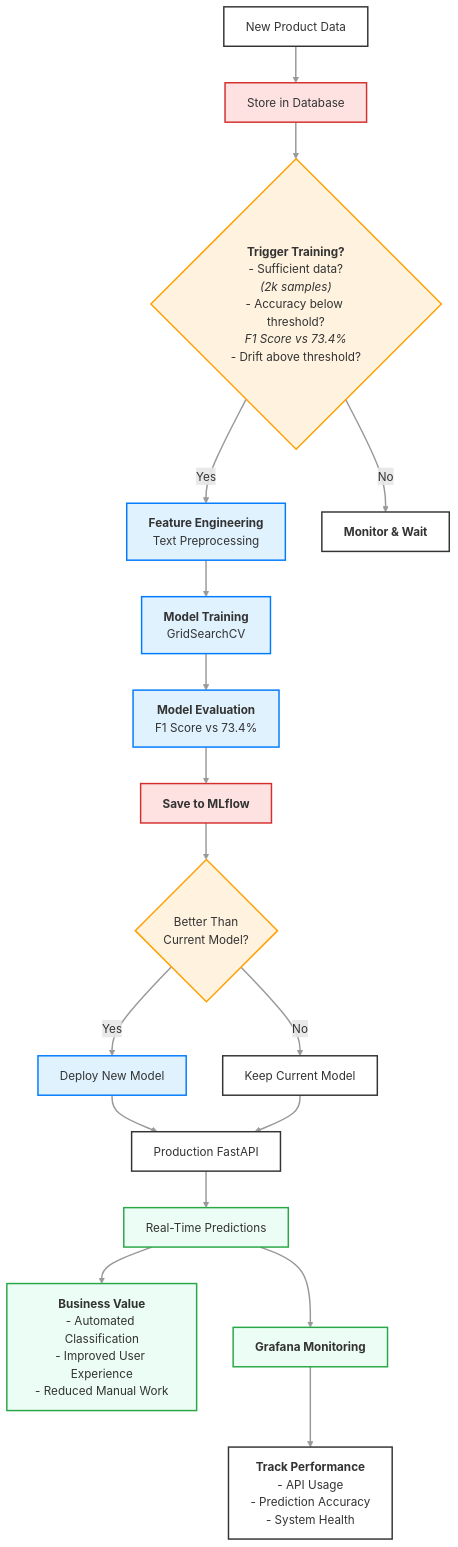
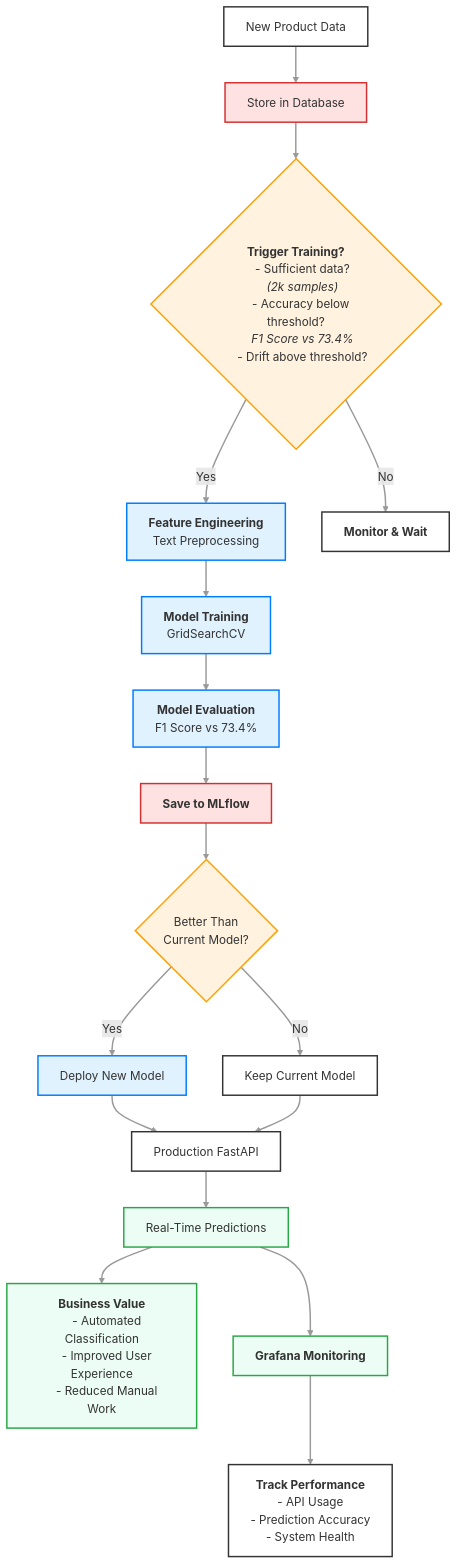
The diagram in containers/rakuten_st/flowcharts/retraining.mermaid (Pockyee/rakuten_project), drawn with Mermaid before and after one commit. The commit also changed 2 other files, not shown here.

```diff
--- a/containers/rakuten_st/flowcharts/retraining.mermaid
+++ b/containers/rakuten_st/flowcharts/retraining.mermaid
@@ -1,115 +1,115 @@
 graph TD
 
     %% RETRAINING NODES
 
     %% Data Ingestion [DI]
     Start[New Product Data]
     DataStorage[Store in Database]
     
     %% DI EDGE
     Start --> DataStorage
 
     
     %% Immediate Training Decision [ITD]
-    TrainingTrigger{"`**Trigger Training?**
+    TrainingTrigger{"<b>Trigger Training?</b>
     - Sufficient data?
-    _(2k samples)_
+    <em>(2k samples)</em>
     - Accuracy below threshold?
-    _F1 Score vs 73.4%_
-    - Drift above threshold?`"}
+    <em>F1 Score vs 73.4%</em>
+    - Drift above threshold?"}
 
-    FeatureEngineering["`**Feature Engineering**
-    Text Preprocessing`"]
+    FeatureEngineering["<b>Feature Engineering</b>
+    Text Preprocessing"]
 
-    WaitingState["`**Monitor & Wait**`"]
+    WaitingState["<b>Monitor & Wait</b>"]
 
     %% ITD EDGES
     DataStorage --> TrainingTrigger
     TrainingTrigger -- "Yes" --> FeatureEngineering
     TrainingTrigger -- "No" --> WaitingState
 
 
     %% Model Development Cycle [MDC]
 
-    ModelTraining["`**Model Training**
-    GridSearchCV`"]
+    ModelTraining["<b>Model Training</b>
+    GridSearchCV"]
 
-    ModelEvaluation["`**Model Evaluation**
-    F1 Score vs 73.4%`"]
+    ModelEvaluation["<b>Model Evaluation</b>
+    F1 Score vs 73.4%"]
     
-    ModelRegistry["`**Save to MLflow**`"]
+    ModelRegistry["<b>Save to MLflow</b>"]
 
     %% MDC EDGES
     FeatureEngineering --> ModelTraining
     ModelTraining --> ModelEvaluation
     ModelEvaluation --> ModelRegistry
 
 
     %% Deployment Decision [DD]
     
     DeploymentDecision{"Better Than
     Current Model?"}
     
     ModelDeployment["Deploy New Model"]
     
     KeepCurrent["Keep Current Model"]
 
     %% DD EDGES
     ModelRegistry --> DeploymentDecision
     DeploymentDecision -- "Yes" --> ModelDeployment
     DeploymentDecision -- "No" --> KeepCurrent
 
 
     %% REAL-TIME SERVING [RTS]
     ProductionAPI["Production FastAPI"]
     RealTimePredictions["Real-Time Predictions"]
 
     %% RTS EDGES
     ModelDeployment --> ProductionAPI
     KeepCurrent --> ProductionAPI
     ProductionAPI --> RealTimePredictions
 
 
     %% Business Value [BV]
-    BusinessValue["`**Business Value**
+    BusinessValue["<b>Business Value</b>
     - Automated Classification
     - Improved User Experience
-    - Reduced Manual Work`"]
+    - Reduced Manual Work"]
     
     %% BV EDGE
     RealTimePredictions --> BusinessValue
 
 
     %% Monitoring and Triggering [MaT]
 
-    MonitoringDashboard["`**Grafana Monitoring**`"]
+    MonitoringDashboard["<b>Grafana Monitoring</b>"]
 
-    PerformanceMetrics["`**Track Performance**
+    PerformanceMetrics["<b>Track Performance</b>
     - API Usage
     - Prediction Accuracy
-    - System Health`"]
+    - System Health"]
 
 
     %% MaT EDGES
     RealTimePredictions --> MonitoringDashboard
     MonitoringDashboard --> PerformanceMetrics
 
 
     %% STYLING
     %% Apply default styles to ALL nodes
     classDef default fill:#FFF,stroke:#333,stroke-width:2px;
 
     %% Apply default styles to ALL edges
     linkStyle default stroke:#999,stroke-width:2px,fill:none;
 
     %% Node-specific styling
     classDef process fill:#E0F2FE,stroke:#007BFF,stroke-width:2px;
     classDef decision fill:#FFF3E0,stroke:#FFA000,stroke-width:2px;
     classDef storage fill:#FEE2E2,stroke:#D32F2F,stroke-width:2px;
     classDef value fill:#ECFDF5,stroke:#28A745,stroke-width:2px;
 
     %% Applying classes to specific nodes (grouping for readability)
     class FeatureEngineering,ModelTraining,ModelEvaluation,ModelDeployment process; 
     class TrainingTrigger,DeploymentDecision decision; 
     class DataStorage,ModelRegistry storage; 
     class BusinessValue,RealTimePredictions,MonitoringDashboard value; 
```
